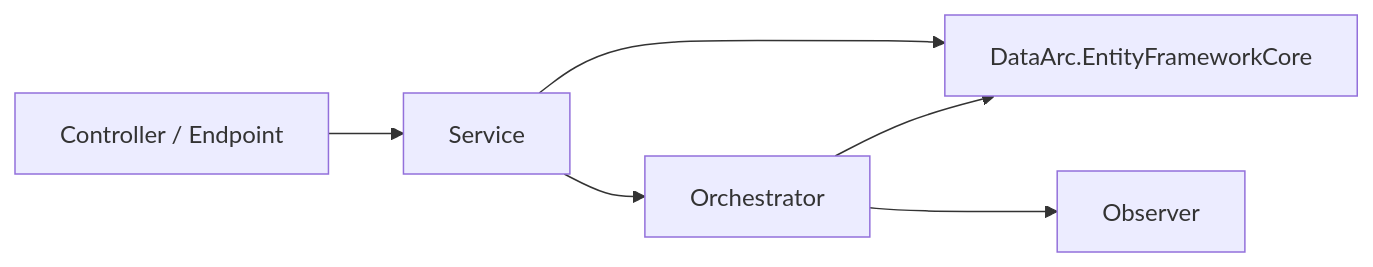
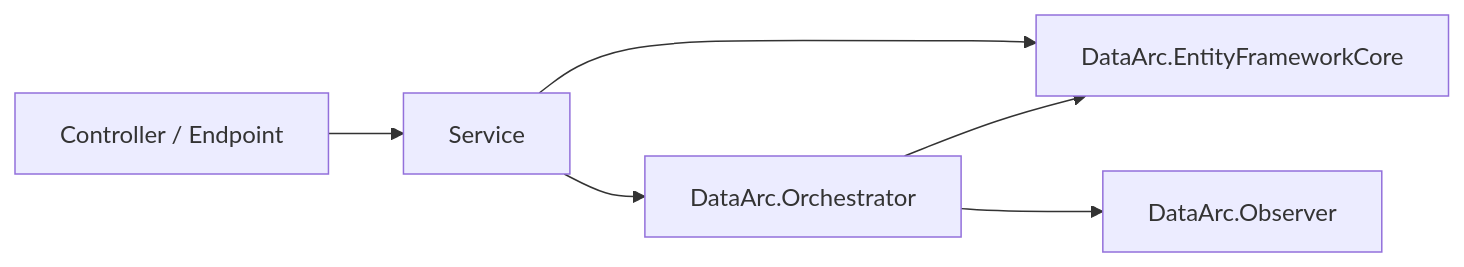
The seventh of 7 diagrams in README.md (SolidArcSoftware/DataArc.EntityFrameworkCore), drawn with Mermaid before and after one commit. The commit also changed other lines of this file and 11 other files, not shown here.

````diff
--- a/README.md
+++ b/README.md
@@ -797,9 +657,9 @@
 ```mermaid
 flowchart LR
     A[Controller / Endpoint] --> B[Service]
     B --> C[DataArc.EntityFrameworkCore]
 
-    B --> D[Orchestrator]
+    B --> D[DataArc.Orchestrator]
     D --> C
-    D --> E[Observer]
+    D --> E[DataArc.Observer]
 ```
````
